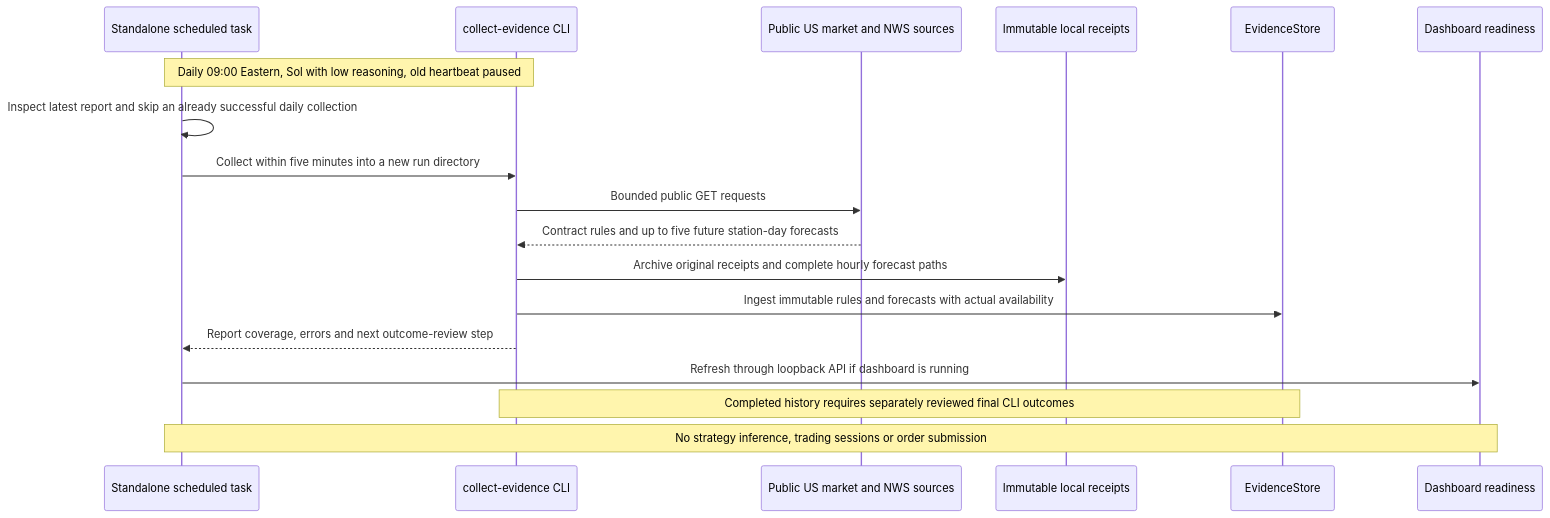
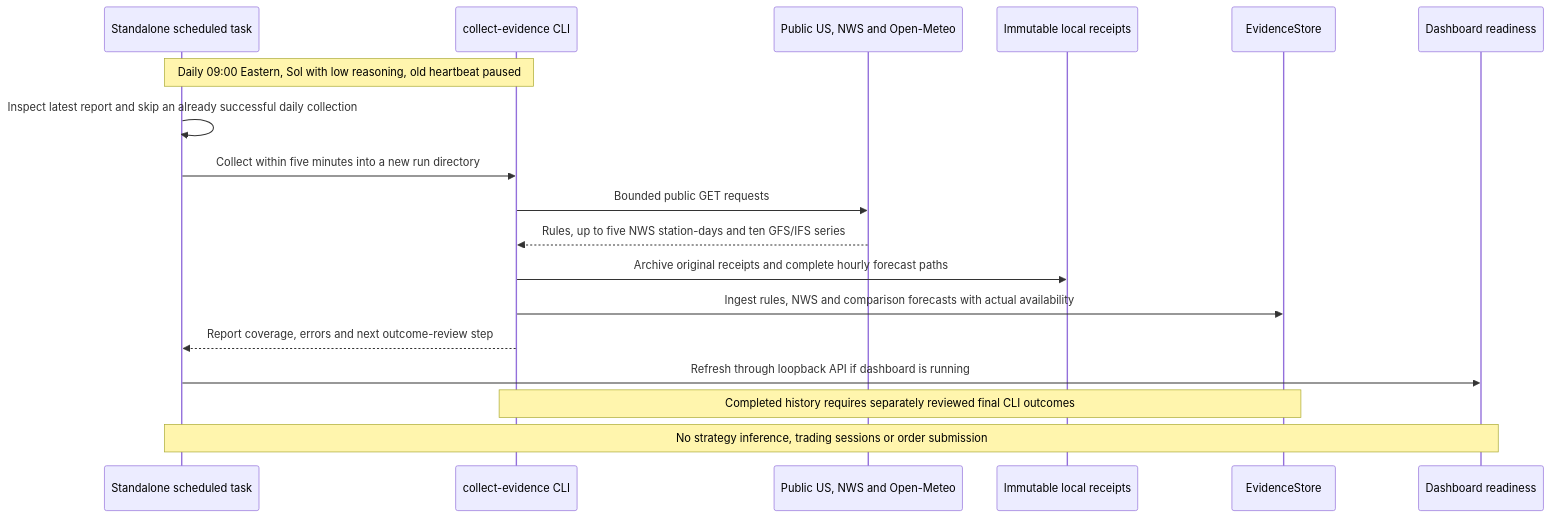
The sixth of 8 diagrams in docs/ARCHITECTURE-UML.md (burdena0/weather-lab-polymarket-us), drawn with Mermaid before and after one commit. The commit also changed other lines of this file and 35 other files, not shown here.

Commit message:
Add prospective GFS/IFS hypotheses and isolated paper ablations

````diff
--- a/docs/ARCHITECTURE-UML.md
+++ b/docs/ARCHITECTURE-UML.md
@@ -297,20 +334,20 @@
 ```mermaid
 sequenceDiagram
     participant T as Standalone scheduled task
     participant C as collect-evidence CLI
-    participant U as Public US market and NWS sources
+    participant U as Public US, NWS and Open-Meteo
     participant F as Immutable local receipts
     participant R as EvidenceStore
     participant L as Dashboard readiness
     Note over T,C: Daily 09:00 Eastern, Sol with low reasoning, old heartbeat paused
     T->>T: Inspect latest report and skip an already successful daily collection
     T->>C: Collect within five minutes into a new run directory
     C->>U: Bounded public GET requests
-    U-->>C: Contract rules and up to five future station-day forecasts
+    U-->>C: Rules, up to five NWS station-days and ten GFS/IFS series
     C->>F: Archive original receipts and complete hourly forecast paths
-    C->>R: Ingest immutable rules and forecasts with actual availability
+    C->>R: Ingest rules, NWS and comparison forecasts with actual availability
     C-->>T: Report coverage, errors and next outcome-review step
     T->>L: Refresh through loopback API if dashboard is running
     Note over C,R: Completed history requires separately reviewed final CLI outcomes
     Note over T,L: No strategy inference, trading sessions or order submission
 ```
````
